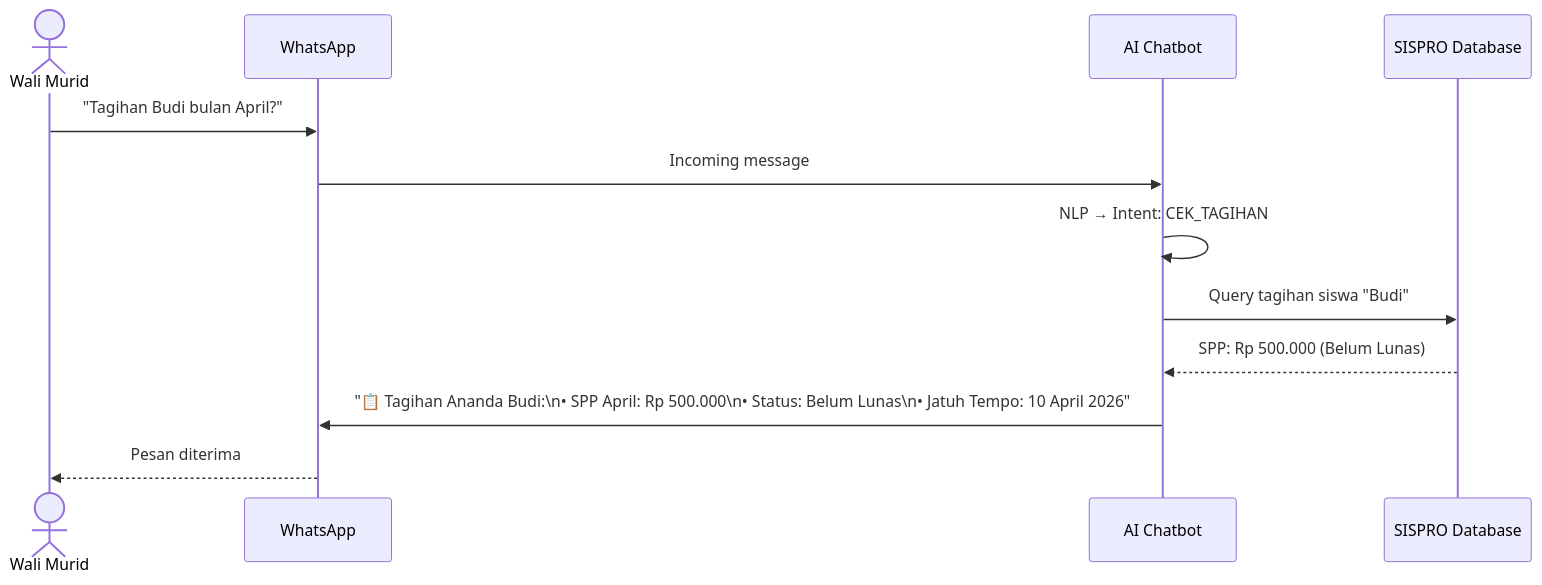
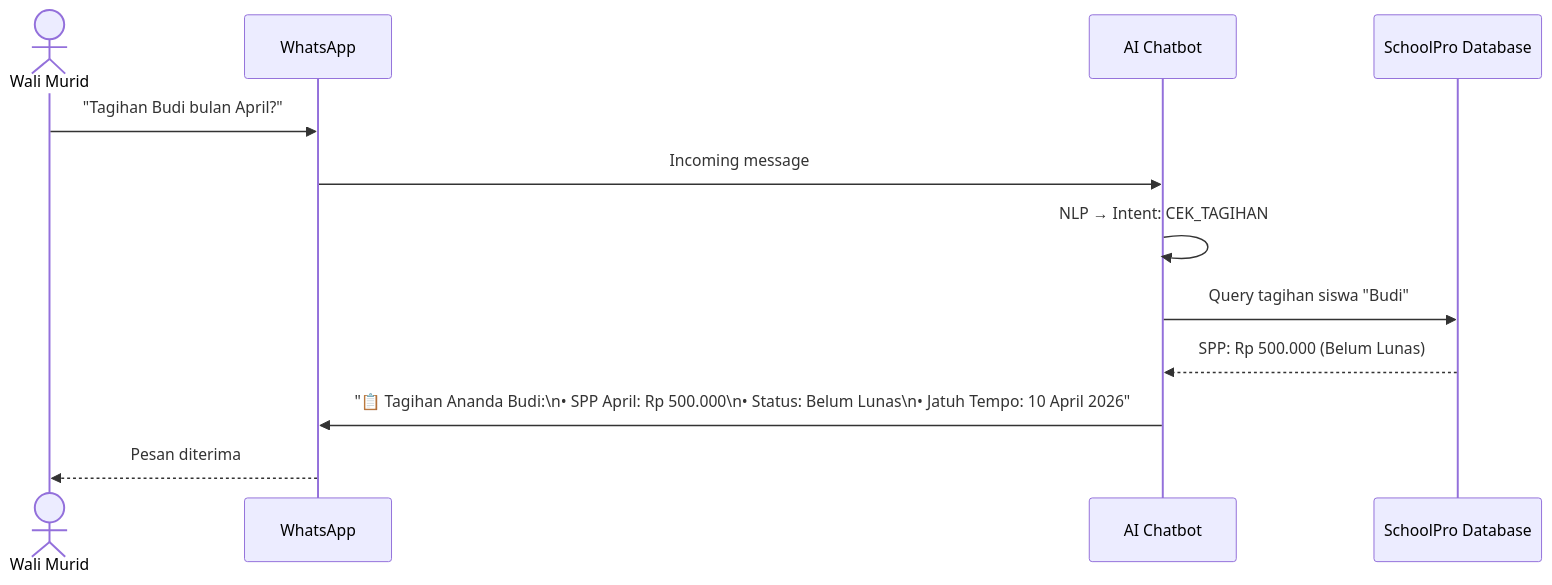
One commit to aburasyidalfatih/schoolpro changed the second of 3 diagrams in docs/02_future_features_roadmap.md. Above: the diagram before and after it, drawn with Mermaid. The commit also changed other lines of this file and 158 other files, not shown here.

````diff
--- a/docs/02_future_features_roadmap.md
+++ b/docs/02_future_features_roadmap.md
@@ -89,15 +89,15 @@
 ```mermaid
 sequenceDiagram
     actor Wali as Wali Murid
     participant WA as WhatsApp
     participant Bot as AI Chatbot
-    participant DB as SISPRO Database
+    participant DB as SchoolPro Database
     
     Wali->>WA: "Tagihan Budi bulan April?"
     WA->>Bot: Incoming message
     Bot->>Bot: NLP → Intent: CEK_TAGIHAN
     Bot->>DB: Query tagihan siswa "Budi"
     DB-->>Bot: SPP: Rp 500.000 (Belum Lunas)
     Bot->>WA: "📋 Tagihan Ananda Budi:\n• SPP April: Rp 500.000\n• Status: Belum Lunas\n• Jatuh Tempo: 10 April 2026"
     WA-->>Wali: Pesan diterima
 ```
````
